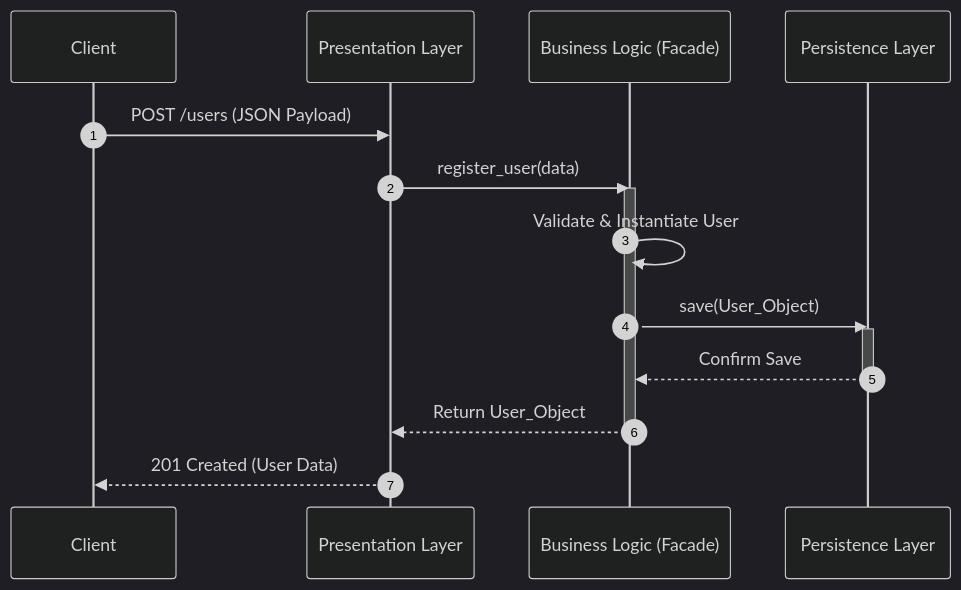
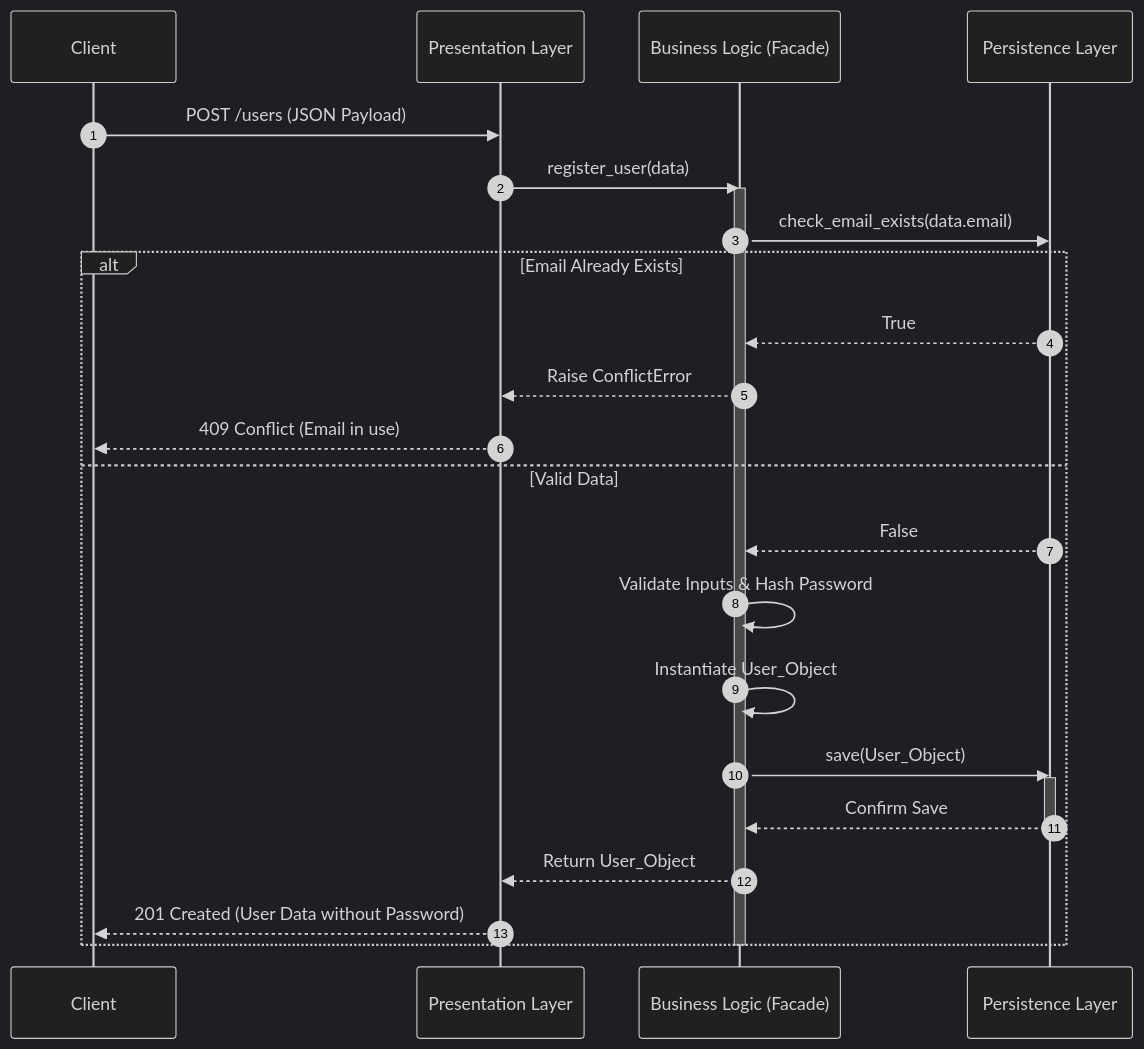
Before and after one commit to oceex/holbertonschool-hbnb: the third of 6 diagrams in part1/README.md, drawn with Mermaid (dark theme). The commit also changed other lines of this file, not shown here.

First line of the commit message:
fix: update part1/README.md to address all reviewer feedback regarding architecture, entities, and error flows

````diff
--- a/part1/README.md
+++ b/part1/README.md
@@ -194,20 +195,30 @@
 ```mermaid
 sequenceDiagram
     autonumber
     participant Client
     participant API as Presentation Layer
     participant Facade as Business Logic (Facade)
     participant DB as Persistence Layer
 
     Client->>API: POST /users (JSON Payload)
     API->>Facade: register_user(data)
     activate Facade
-    Facade->>Facade: Validate & Instantiate User
-    Facade->>DB: save(User_Object)
-    activate DB
-    DB-->>Facade: Confirm Save
-    deactivate DB
-    Facade-->>API: Return User_Object
+    Facade->>DB: check_email_exists(data.email)
+    
+    alt Email Already Exists
+        DB-->>Facade: True
+        Facade-->>API: Raise ConflictError
+        API-->>Client: 409 Conflict (Email in use)
+    else Valid Data
+        DB-->>Facade: False
+        Facade->>Facade: Validate Inputs & Hash Password
+        Facade->>Facade: Instantiate User_Object
+        Facade->>DB: save(User_Object)
+        activate DB
+        DB-->>Facade: Confirm Save
+        deactivate DB
+        Facade-->>API: Return User_Object
+        API-->>Client: 201 Created (User Data without Password)
+    end
     deactivate Facade
-    API-->>Client: 201 Created (User Data)
 ```
````
